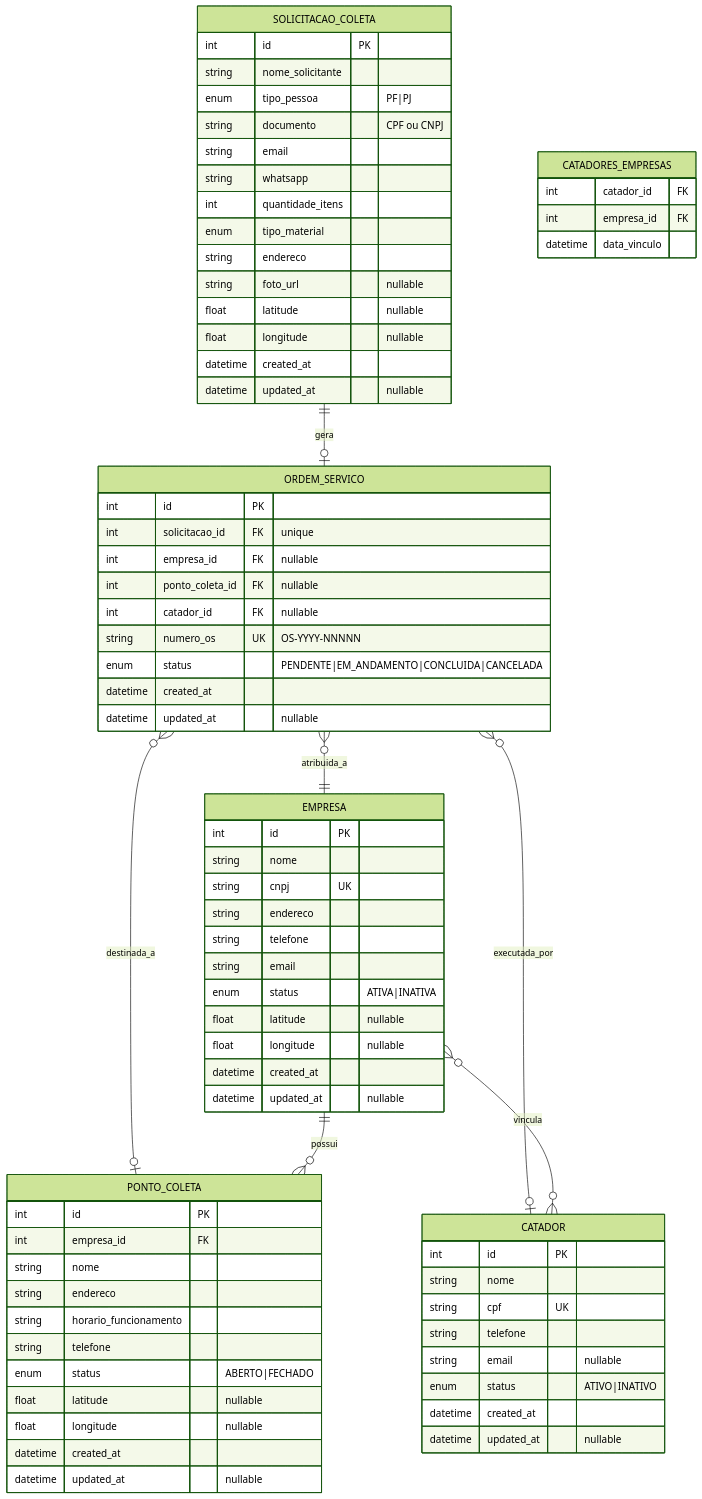
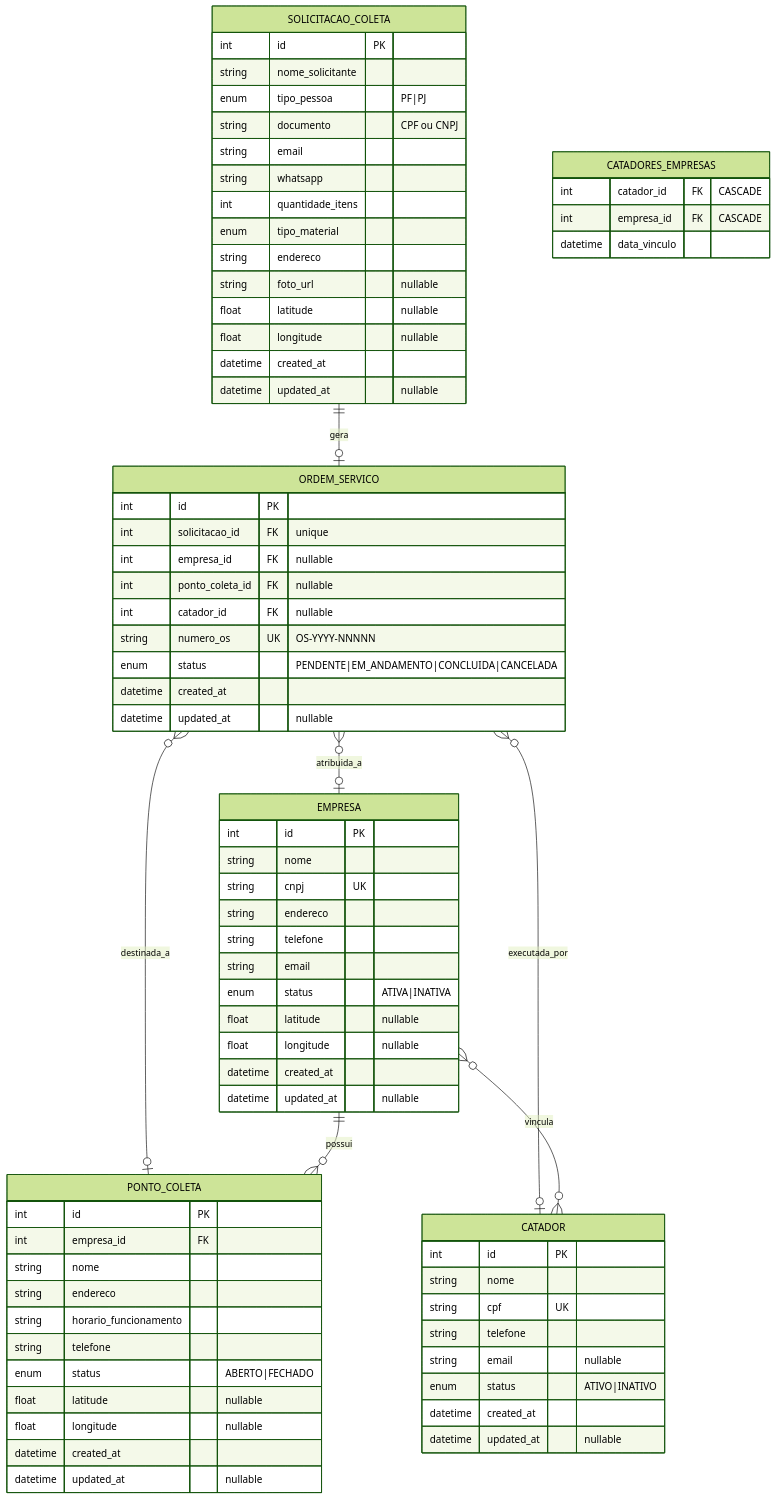
Before and after one commit to devsdeimpacto/backend: the second of 4 diagrams in README.md, drawn with Mermaid (forest theme). The commit also changed other lines of this file and 2 other files, not shown here.

Commit message:
ajuste readme/ cascade

````diff
--- a/README.md
+++ b/README.md
@@ -68,7 +68,7 @@
 ```mermaid
 erDiagram
     SOLICITACAO_COLETA ||--o| ORDEM_SERVICO : "gera"
-    ORDEM_SERVICO }o--|| EMPRESA : "atribuida_a"
+    ORDEM_SERVICO }o--o| EMPRESA : "atribuida_a"
     ORDEM_SERVICO }o--o| PONTO_COLETA : "destinada_a"
     ORDEM_SERVICO }o--o| CATADOR : "executada_por"
     EMPRESA ||--o{ PONTO_COLETA : "possui"
@@ -143,8 +143,8 @@
     }
     
     CATADORES_EMPRESAS {
-        int catador_id FK
-        int empresa_id FK
+        int catador_id FK "CASCADE"
+        int empresa_id FK "CASCADE"
         datetime data_vinculo
     }
 ```
````
